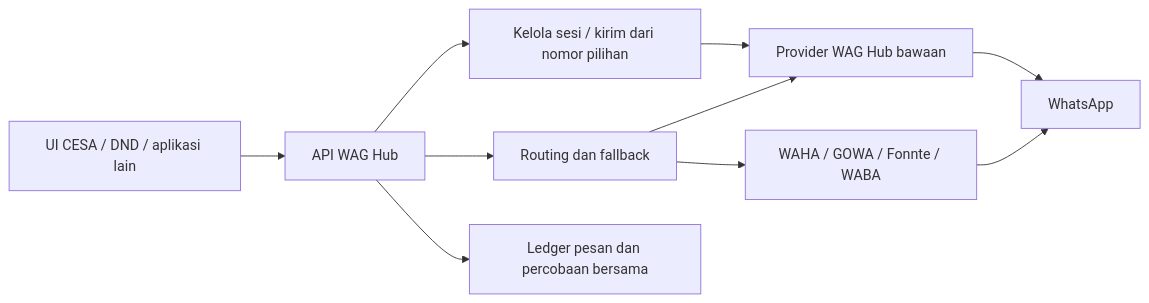
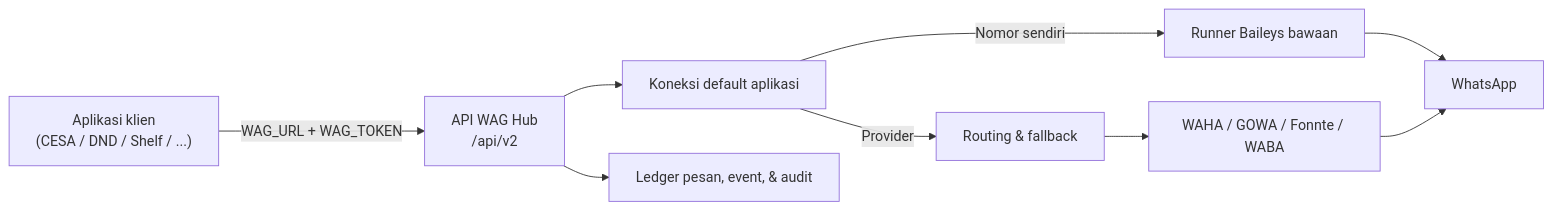
One commit to kungfufafa/wag-hub changed the diagram in README.md. Above: the diagram before and after it, drawn with Mermaid. The commit also changed other lines of this file, not shown here.

````diff
--- a/README.md
+++ b/README.md
@@ -45,12 +21,11 @@
 ```mermaid
 flowchart LR
-    A["UI CESA / DND / aplikasi lain"] --> H["API WAG Hub"]
-    H --> S["Kelola sesi / kirim dari nomor pilihan"]
-    H --> R["Routing dan fallback"]
-    S --> N["Provider WAG Hub bawaan"]
-    R --> N
+    A["Aplikasi klien<br/>(CESA / DND / Shelf / ...)"] -->|WAG_URL + WAG_TOKEN| H["API WAG Hub<br/>/api/v2"]
+    H --> C["Koneksi default aplikasi"]
+    C -->|Nomor sendiri| N["Runner Baileys bawaan"]
+    C -->|Provider| R["Routing & fallback"]
     R --> E["WAHA / GOWA / Fonnte / WABA"]
     N --> W["WhatsApp"]
     E --> W
-    H --> L["Ledger pesan dan percobaan bersama"]
+    H --> L["Ledger pesan, event, & audit"]
 ```
````
